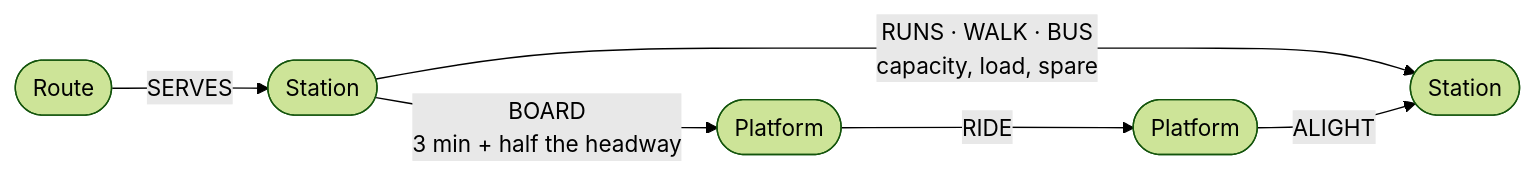
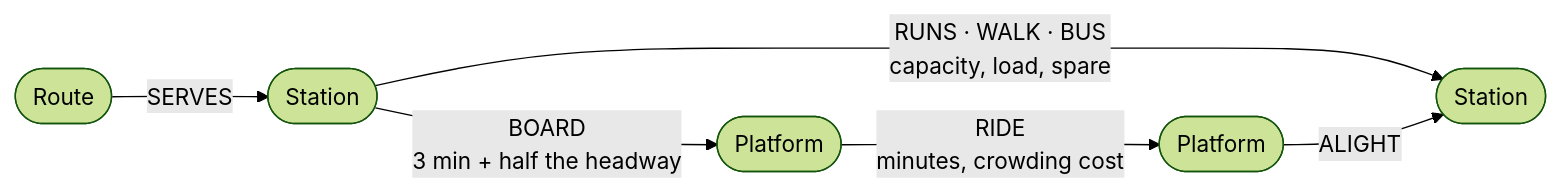
Before and after one commit to SaudSatopay/detour: the second of 3 diagrams in README.md, drawn with Mermaid (forest theme). The commit also changed other lines of this file, not shown here.

````diff
--- a/README.md
+++ b/README.md
@@ -153,8 +198,8 @@
 ```mermaid
 flowchart LR
     route(["Route"]) -- SERVES --> a(["Station"])
     a -- "RUNS · WALK · BUS<br/>capacity, load, spare" --> b(["Station"])
     a -- "BOARD<br/>3 min + half the headway" --> pa(["Platform"])
-    pa -- RIDE --> pb(["Platform"])
+    pa -- "RIDE<br/>minutes, crowding cost" --> pb(["Platform"])
     pb -- ALIGHT --> b
 ```
````
